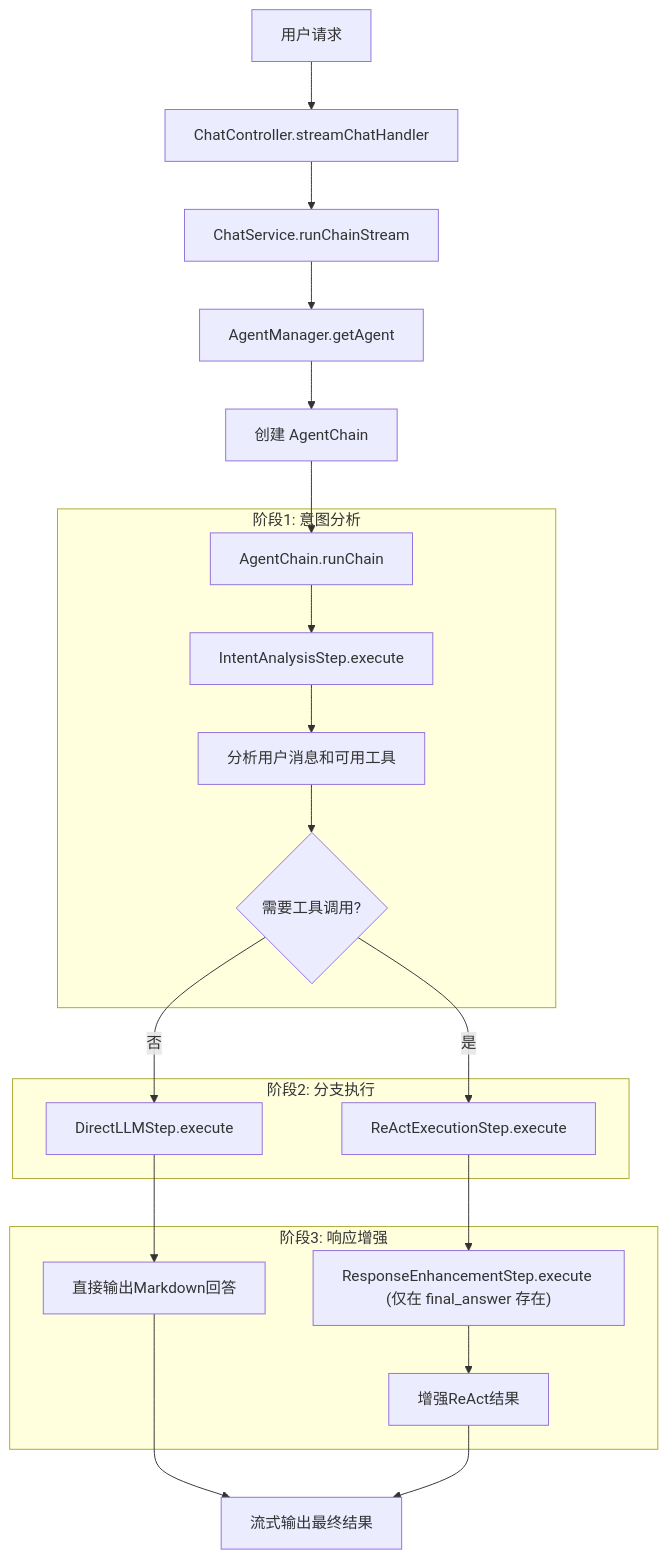
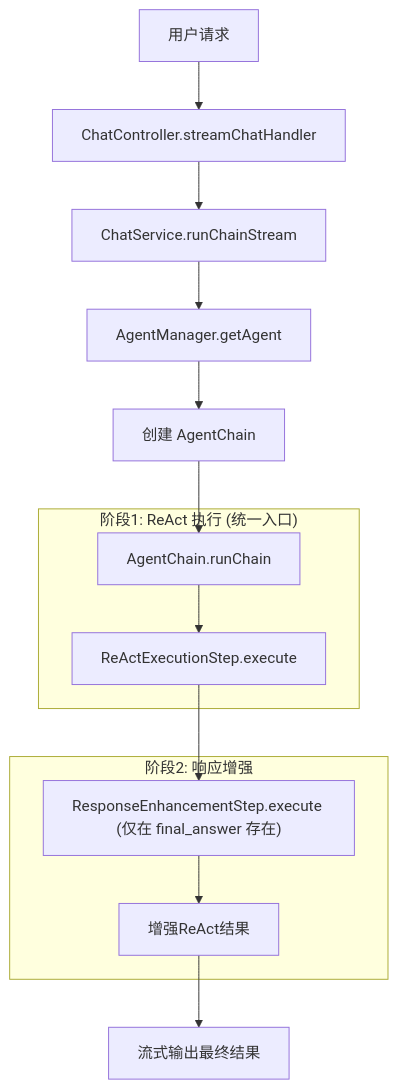
The first of 2 diagrams in docs/react-flow.md (seemrcola/bot-server), drawn with Mermaid before and after one commit. The commit also changed other lines of this file and 4 other files, not shown here.

````diff
--- a/docs/react-flow.md
+++ b/docs/react-flow.md
@@ -8,28 +8,19 @@
 ```mermaid
 flowchart TD
   A["用户请求"] --> B["ChatController.streamChatHandler"]
   B --> C["ChatService.runChainStream"]
   C --> D["AgentManager.getAgent"]
   D --> E["创建 AgentChain"]
   E --> F["AgentChain.runChain"]
 
-  subgraph "阶段1: 意图分析"
-    F --> G["IntentAnalysisStep.execute"]
-    G --> H["分析用户消息和可用工具"]
-    H --> I{"需要工具调用?"}
+  subgraph "阶段1: ReAct 执行 (统一入口)"
+    F --> K["ReActExecutionStep.execute"]
   end
 
-  subgraph "阶段2: 分支执行"
-    I -- "否" --> J["DirectLLMStep.execute"]
-    I -- "是" --> K["ReActExecutionStep.execute"]
-  end
-
-  subgraph "阶段3: 响应增强"
-    J --> L["直接输出Markdown回答"]
+  subgraph "阶段2: 响应增强"
     K --> M["ResponseEnhancementStep.execute (仅在 final_answer 存在)"]
     M --> N["增强ReAct结果"]
   end
 
-  L --> O["流式输出最终结果"]
-  N --> O
+  N --> O["流式输出最终结果"]
 ```
````
